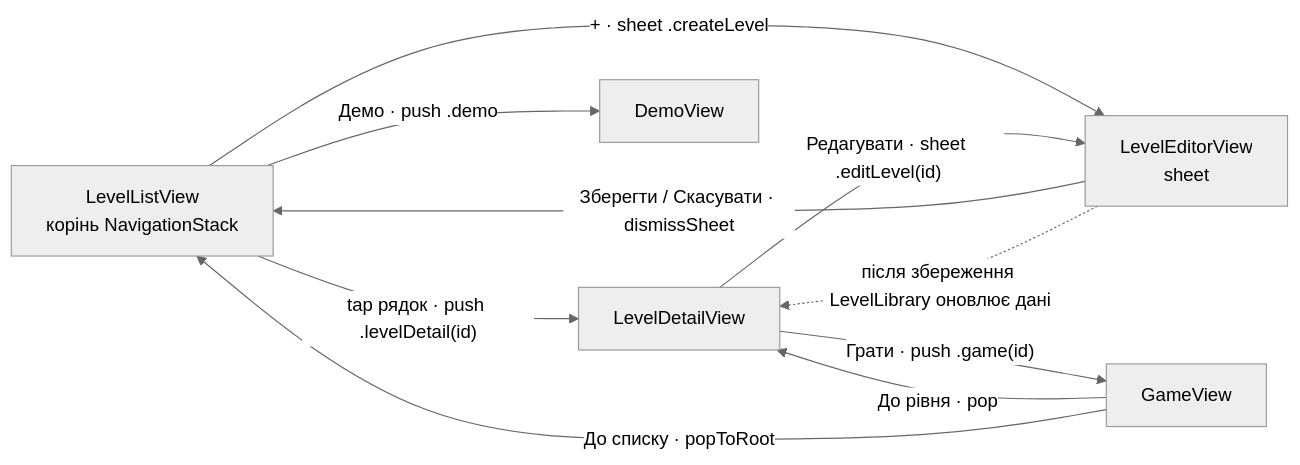
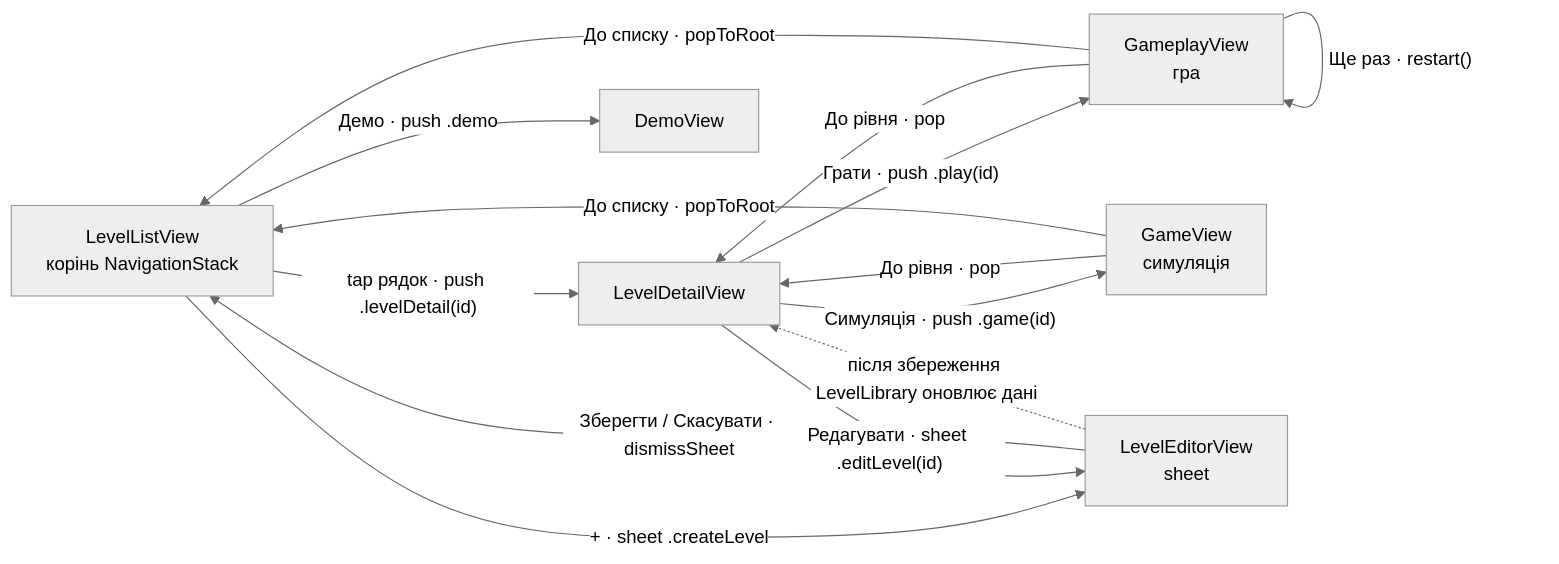
Before and after one commit to YehorYesypovych/SkyJumpIOS: the first of 2 diagrams in docs/practical-3.md, drawn with Mermaid (neutral theme). The commit also changed other lines of this file and 1 other file, not shown here.

````diff
--- a/docs/practical-3.md
+++ b/docs/practical-3.md
@@ -30,18 +31,23 @@
 ```mermaid
 flowchart LR
     L[LevelListView<br/>корінь NavigationStack]
     D[LevelDetailView]
-    G[GameView]
+    P[GameplayView<br/>гра]
+    G[GameView<br/>симуляція]
     E[LevelEditorView<br/>sheet]
     Demo[DemoView]
 
     L -- "tap рядок · push .levelDetail(id)" --> D
     L -- "+ · sheet .createLevel" --> E
     L -- "Демо · push .demo" --> Demo
     D -- "Редагувати · sheet .editLevel(id)" --> E
-    D -- "Грати · push .game(id)" --> G
+    D -- "Грати · push .play(id)" --> P
+    D -- "Симуляція · push .game(id)" --> G
+    P -- "Ще раз · restart()" --> P
+    P -- "До рівня · pop" --> D
+    P -- "До списку · popToRoot" --> L
     G -- "До рівня · pop" --> D
     G -- "До списку · popToRoot" --> L
     E -- "Зберегти / Скасувати · dismissSheet" --> L
     E -. "після збереження LevelLibrary оновлює дані" .-> D
 ```
````
